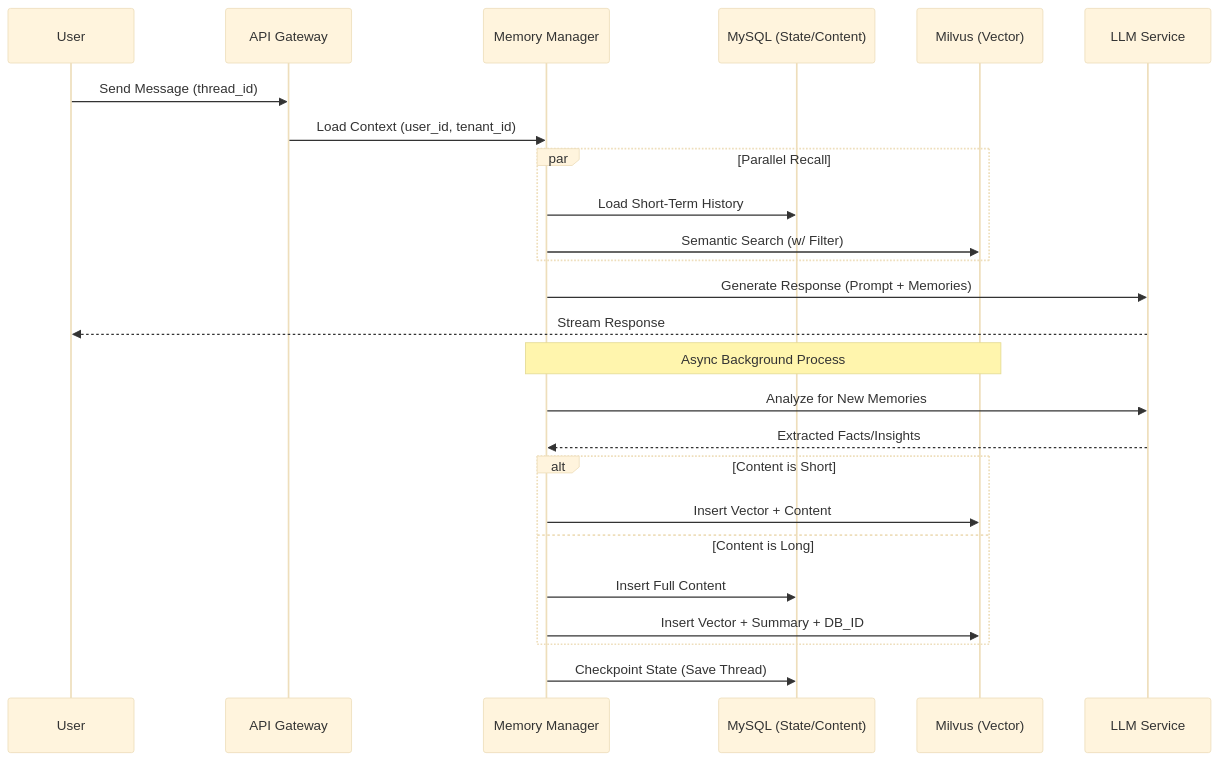
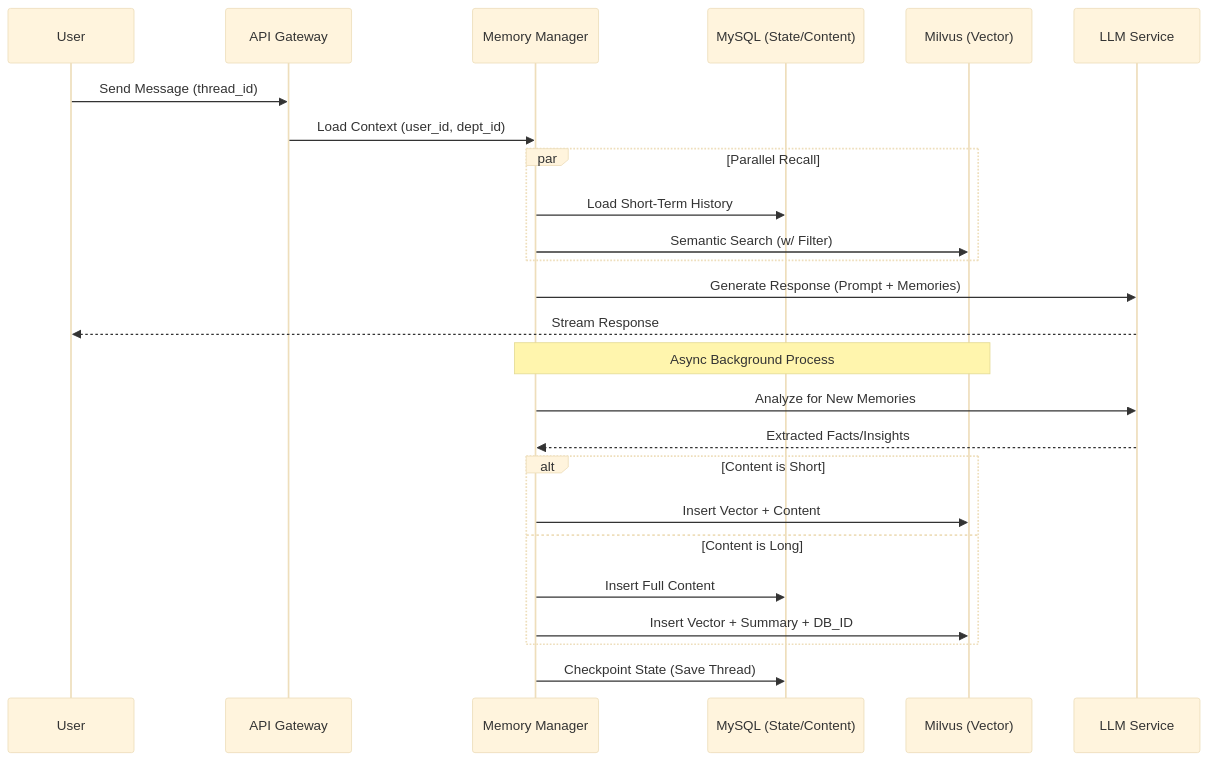
The diagram in docs/memory/memory_workflow.md (doob6678/Langgraph_agent_demo), drawn with Mermaid (base theme) before and after one commit. The commit also changed other lines of this file and 23 other files, not shown here.

````diff
--- a/docs/memory/memory_workflow.md
+++ b/docs/memory/memory_workflow.md
@@ -85,33 +85,33 @@
 ```mermaid
 sequenceDiagram
     participant U as User
     participant API as API Gateway
     participant MM as Memory Manager
     participant DB as MySQL (State/Content)
     participant Vec as Milvus (Vector)
     participant LLM as LLM Service
 
     U->>API: Send Message (thread_id)
-    API->>MM: Load Context (user_id, tenant_id)
+    API->>MM: Load Context (user_id, dept_id)
     
     par Parallel Recall
         MM->>DB: Load Short-Term History
         MM->>Vec: Semantic Search (w/ Filter)
     end
     
     MM->>LLM: Generate Response (Prompt + Memories)
     LLM-->>U: Stream Response
     
     Note over MM, Vec: Async Background Process
     MM->>LLM: Analyze for New Memories
     LLM-->>MM: Extracted Facts/Insights
     
     alt Content is Short
         MM->>Vec: Insert Vector + Content
     else Content is Long
         MM->>DB: Insert Full Content
         MM->>Vec: Insert Vector + Summary + DB_ID
     end
     
     MM->>DB: Checkpoint State (Save Thread)
 ```
````
